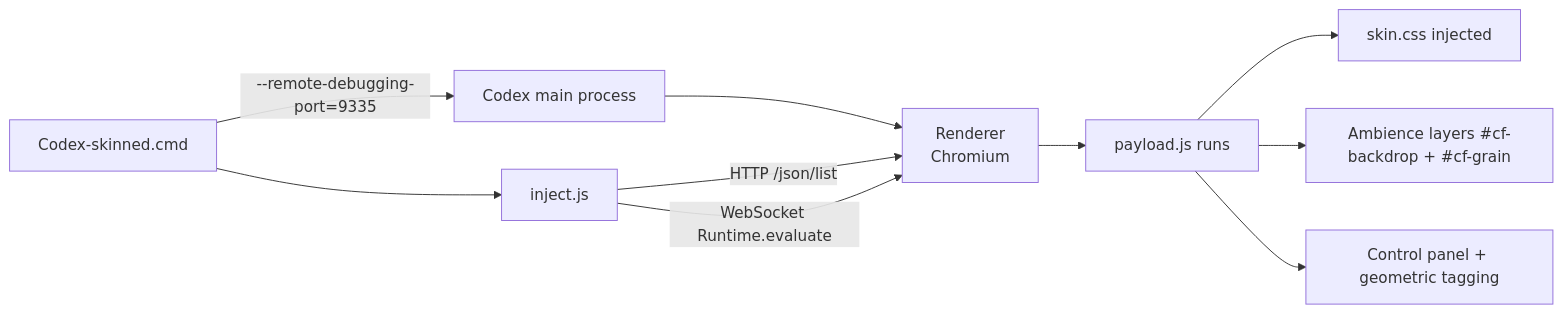
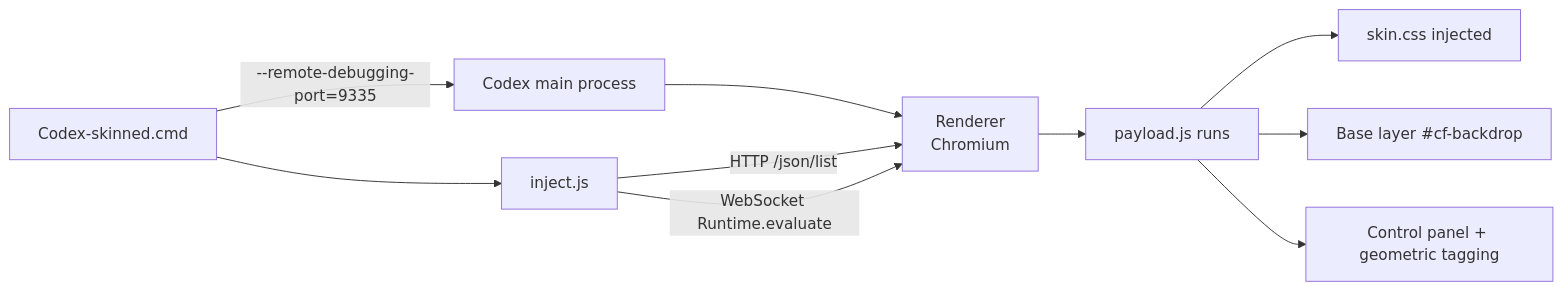
The diagram in README.en.md (ISkywalkerI/codex-frosted-glass), drawn with Mermaid before and after one commit. The commit also changed other lines of this file and 9 other files, not shown here.

````diff
--- a/README.en.md
+++ b/README.en.md
@@ -36,12 +35,12 @@
 ```mermaid
 flowchart LR
     A["Codex-skinned.cmd"] -->|"--remote-debugging-port=9335"| B["Codex main process"]
     B --> C["Renderer<br/>Chromium"]
     A --> D["inject.js"]
     D -->|"HTTP /json/list"| C
     D -->|"WebSocket Runtime.evaluate"| C
     C --> E["payload.js runs"]
     E --> F["skin.css injected"]
-    E --> G["Ambience layers #cf-backdrop + #cf-grain"]
+    E --> G["Base layer #cf-backdrop"]
     E --> H["Control panel + geometric tagging"]
 ```
````
